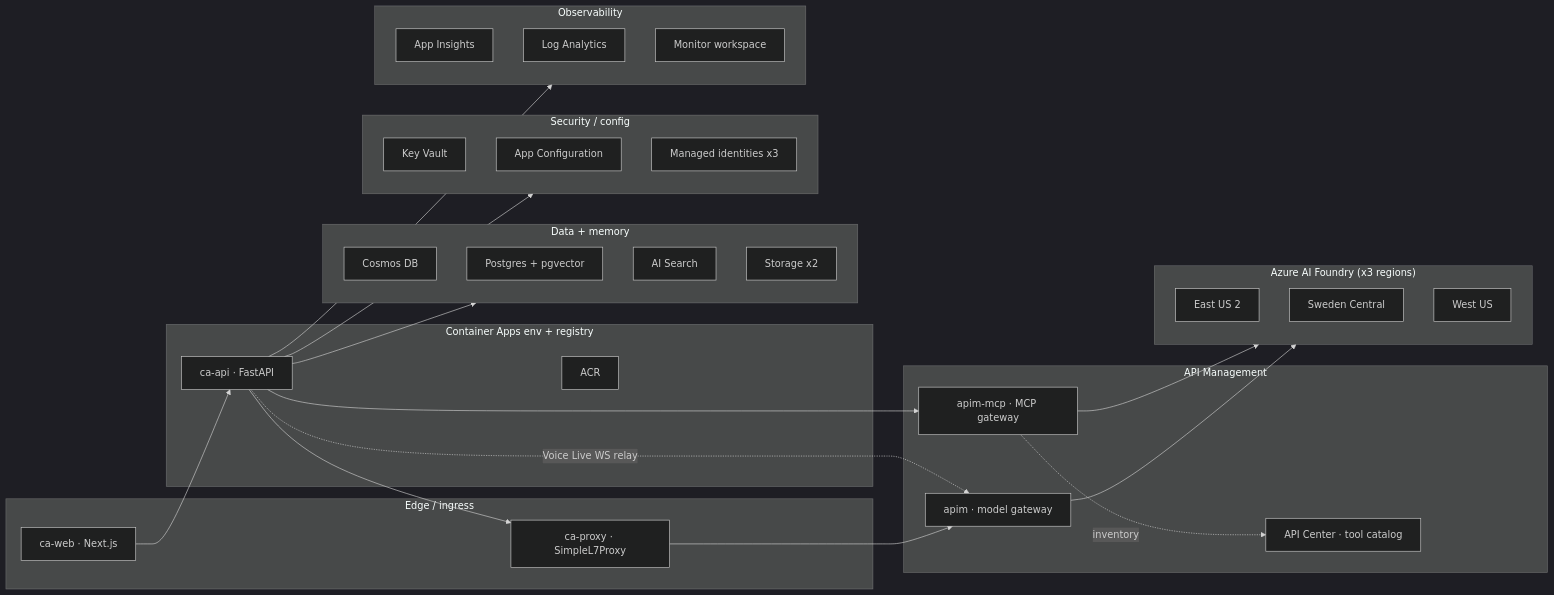
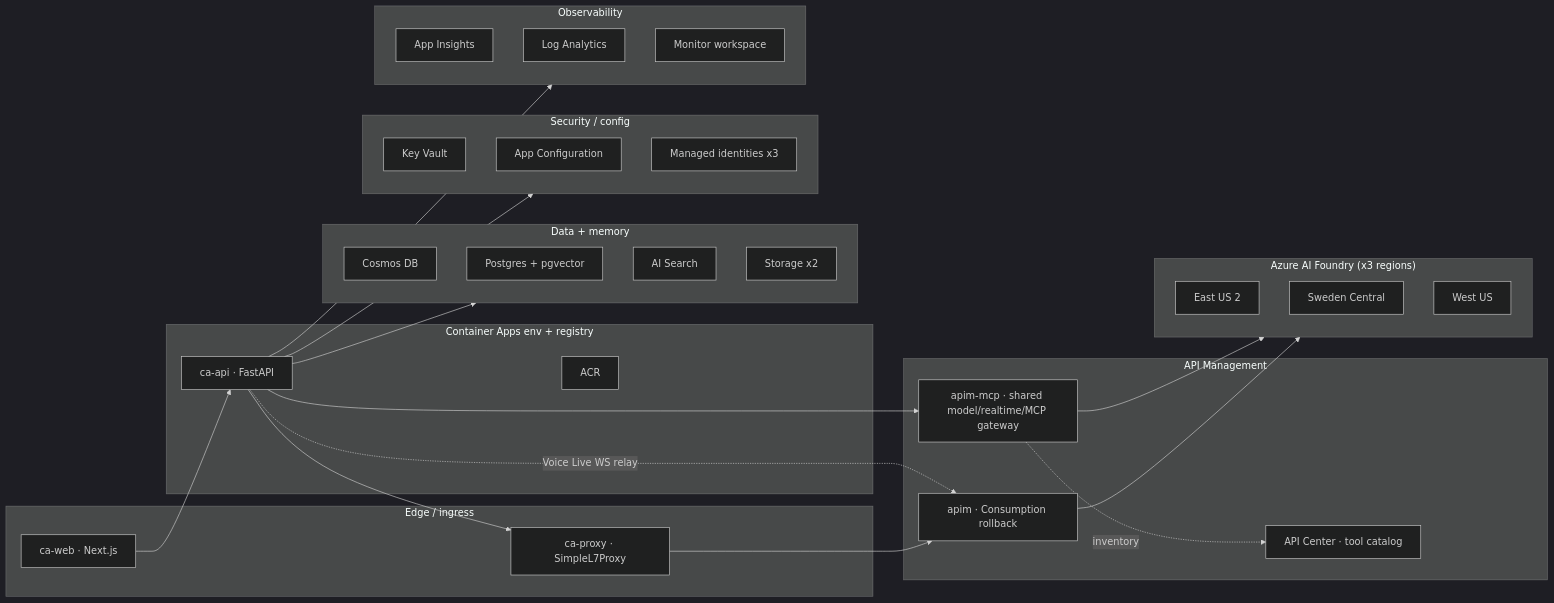
The third of 5 diagrams in docs/architecture.md (ian-t-adams/AI4IA), drawn with Mermaid (dark theme) before and after one commit. The commit also changed other lines of this file and 24 other files, not shown here.

Commit message:
Fix shared Basic v2 APIM consolidation

````diff
--- a/docs/architecture.md
+++ b/docs/architecture.md
@@ -146,46 +146,46 @@
 ```mermaid
 flowchart LR
   subgraph Edge["Edge / ingress"]
     WebCA["ca-web · Next.js"]
     ProxyCA["ca-proxy · SimpleL7Proxy"]
   end
   subgraph Gateways["API Management"]
-    Apim["apim · model gateway"]
-    ApimMcp["apim-mcp · MCP gateway"]
+    Apim["apim · Consumption rollback"]
+    ApimMcp["apim-mcp · shared model/realtime/MCP gateway"]
     Apic["API Center · tool catalog"]
   end
   subgraph Compute["Container Apps env + registry"]
     ApiCA["ca-api · FastAPI"]
     Acr["ACR"]
   end
   subgraph AI["Azure AI Foundry (x3 regions)"]
     F1["East US 2"]
     F2["Sweden Central"]
     F3["West US"]
   end
   subgraph Data["Data + memory"]
     Cos["Cosmos DB"]
     Pg["Postgres + pgvector"]
     Srch["AI Search"]
     St["Storage x2"]
   end
   subgraph Sec["Security / config"]
     Kv["Key Vault"]
     Ac["App Configuration"]
     Ids["Managed identities x3"]
   end
   subgraph Obs["Observability"]
     Ai["App Insights"]
     La["Log Analytics"]
     Amw["Monitor workspace"]
   end
   WebCA --> ApiCA
   ApiCA --> ProxyCA --> Apim --> AI
   ApiCA -. "Voice Live WS relay" .-> Apim
   ApiCA --> ApimMcp --> AI
   ApimMcp -. inventory .-> Apic
   ApiCA --> Data
   ApiCA --> Sec
   ApiCA --> Obs
   Compute --> Acr
 ```
````
